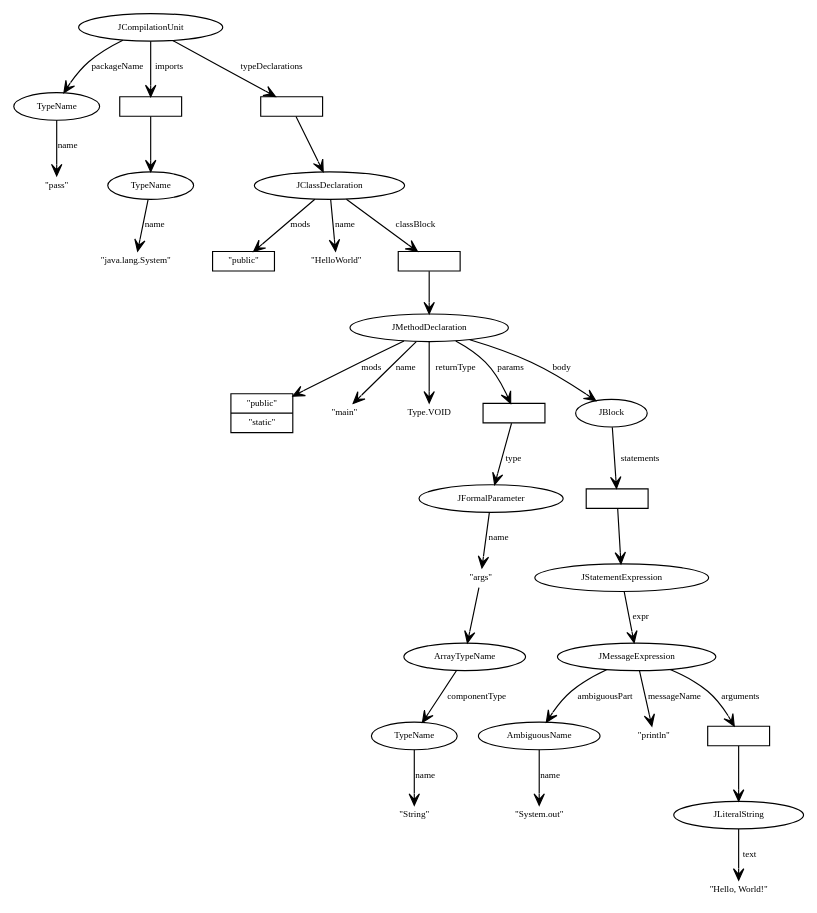
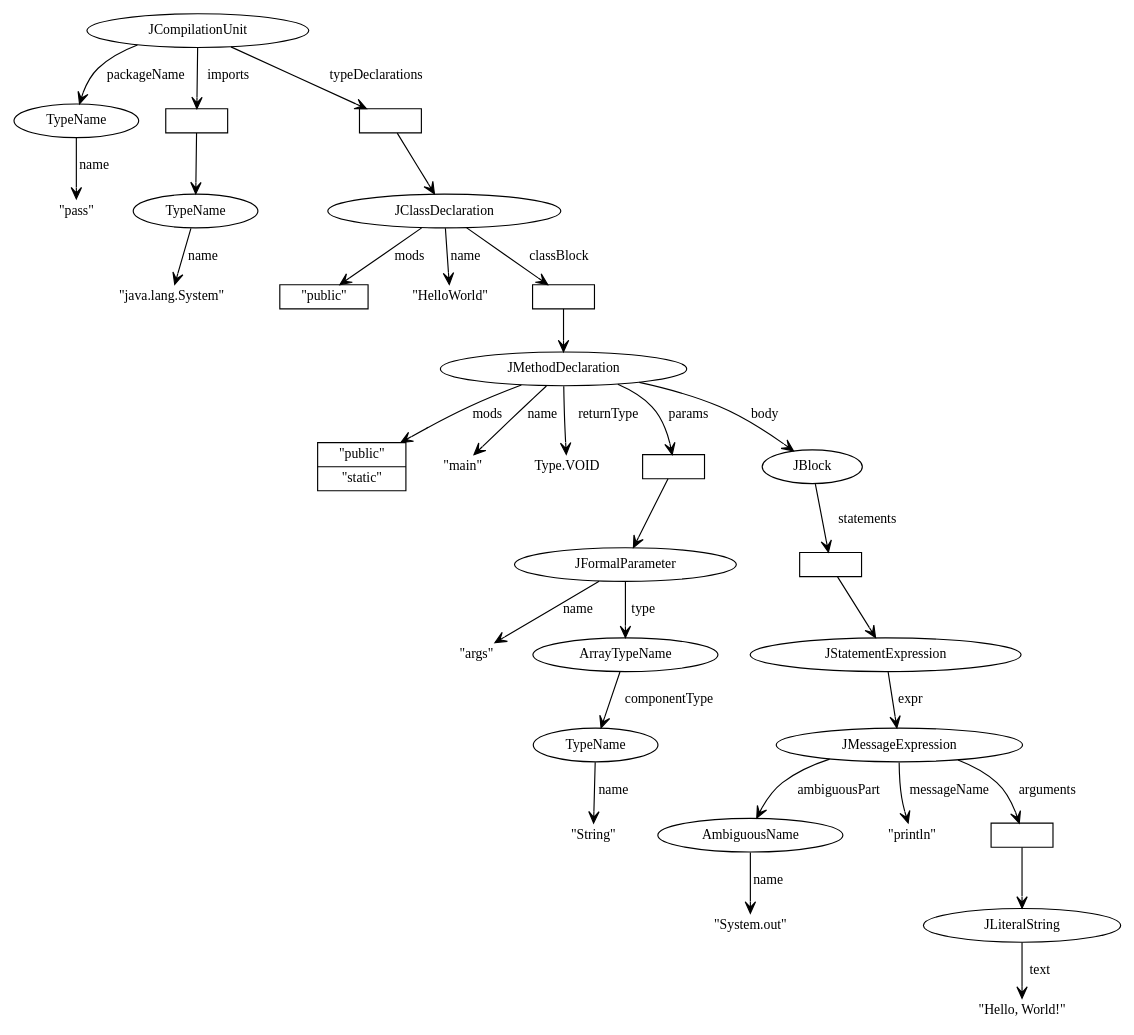
The diagram in figures/helloworld_ast.gv (swamiiyer/cs451_slides), drawn with Graphviz before and after one commit.

Commit message:
fixed errors

```diff
--- a/figures/helloworld_ast.gv
+++ b/figures/helloworld_ast.gv
@@ -1,81 +1,80 @@
 digraph G {
- node [fontname="Courier Bold",fontsize=8,height=.1];
- edge [fontname="Courier Bold",fontsize=8,arrowhead="vee"]; 
+ node [fontname="Courier Bold",fontsize=12,height=.15];
+ edge [fontname="Courier Bold",fontsize=12,arrowhead="vee"]; 
 
  n1[label="JCompilationUnit"];
 
  n2[label="TypeName"];
  n3[label="\"pass\"",shape=plaintext];
  n1->n2[label="packageName"];
  n2->n3[label="name"];
 
  n4[label="",shape=record];
  n5[label="TypeName"];
  n6[label="\"java.lang.System\"",shape=plaintext];
  n1->n4[label="imports"];
  n4->n5[label=""];
  n5->n6[label="name"];
 
  n7[label="",shape=record];
  n1->n7[label="typeDeclarations"];
 
  n8[label="JClassDeclaration"]; n7->n8;
  n9[label="",shape=record,label="{\"public\"}"];
  n8->n9[label="mods"];
 
  n10[label="\"HelloWorld\"",shape=plaintext];
  n8->n10[label="name"];
 
  n11[label="",shape=record];
  n8->n11[label="classBlock"];
 
  n12[label="JMethodDeclaration"]; n11->n12;
  n13[label="",shape=record,label="{\"public\"|\"static\"}"];
  n12->n13[label="mods"];
 
  n14[label="\"main\"",shape=plaintext];
  n12->n14[label="name"];
 
  n15[label="Type.VOID",shape=plaintext];
  n12->n15[label="returnType"];
 
  n16[label="",shape=record];
  n12->n16[label="params"];
 
- n17[label="JFormalParameter"];
- n16->n17[label="type"];
+ n17[label="JFormalParameter"];n16->n17;
 
  n18[label="\"args\"",shape=plaintext];
  n17->n18[label="name"];
  
- n19[label="ArrayTypeName"]; n18->n19;
+ n19[label="ArrayTypeName"];  n17->n19[label="type"];
  n20[label="TypeName"];
  n19->n20[label="componentType"];
 
  n21[label="\"String\"",shape=plaintext];
  n20->n21[label="name"];
 
  n22[label="JBlock"];
  n12->n22[label="body"];
  
  n23[label="",shape=record];
  n22->n23[label="statements"];
 
  n24[label="JStatementExpression"]; n23->n24;
 
  n25[label="JMessageExpression"]; n24->n25[label="expr"];
 
  n26[label="AmbiguousName"]; n25->n26[label="ambiguousPart"];
  n27[label="\"System.out\"",shape=plaintext];
  n26->n27[label="name"];
 
  n28[label="\"println\"",shape=plaintext];
  n25->n28[label="messageName"];
 
  n29[label="",shape=record];
  n25->n29[label="arguments"];
 
  n30[label="JLiteralString"]; n29->n30;
  n31[label="\"Hello, World!\"",shape=plaintext];
  n30->n31[label="text"];
 }
```
